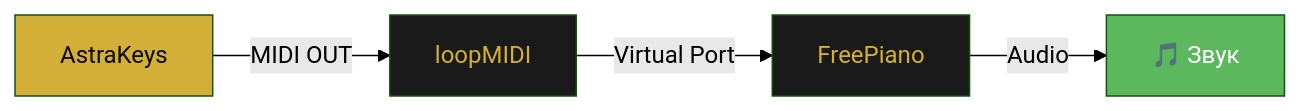
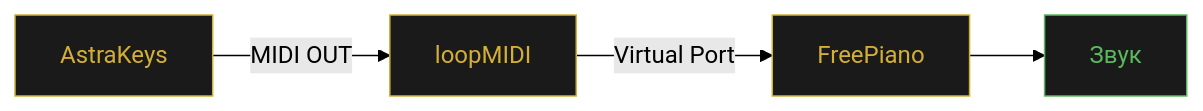
The diagram in README.md (SMisha2/AstraKeys), drawn with Mermaid (forest theme) before and after one commit. The commit also changed other lines of this file, not shown here.

````diff
--- a/README.md
+++ b/README.md
@@ -266,10 +189,10 @@
 ```mermaid
 graph LR
     A[AstraKeys] -->|MIDI OUT| B[loopMIDI]
     B -->|Virtual Port| C[FreePiano]
-    C -->|Audio| D[🎵 Звук]
-    style A fill:#d4af37,color:#0a0a0a
-    style B fill:#1a1a1a,color:#d4af37
-    style C fill:#1a1a1a,color:#d4af37
-    style D fill:#5cb85c,color:#fff
+    C --> D[Звук]
+    style A fill:#1a1a1a,stroke:#d4af37,color:#d4af37
+    style B fill:#1a1a1a,stroke:#d4af37,color:#d4af37
+    style C fill:#1a1a1a,stroke:#d4af37,color:#d4af37
+    style D fill:#1a1a1a,stroke:#5cb85c,color:#5cb85c
 ```
````
